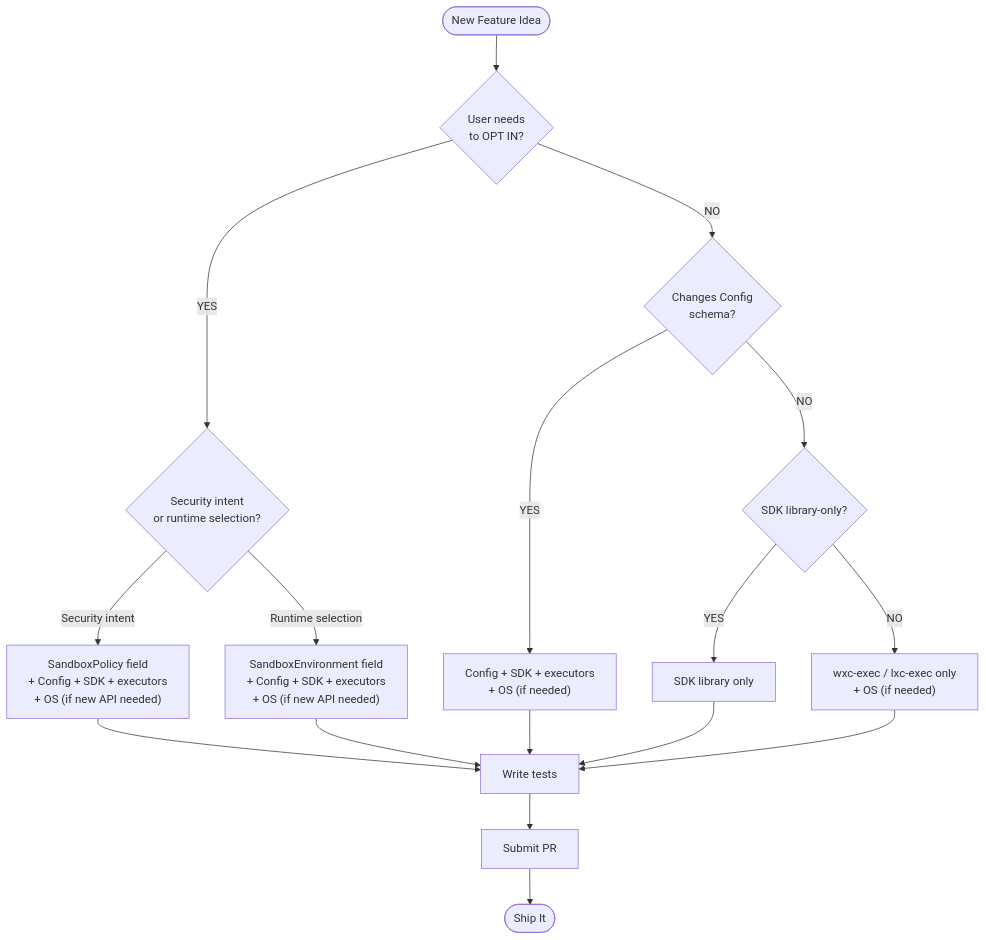
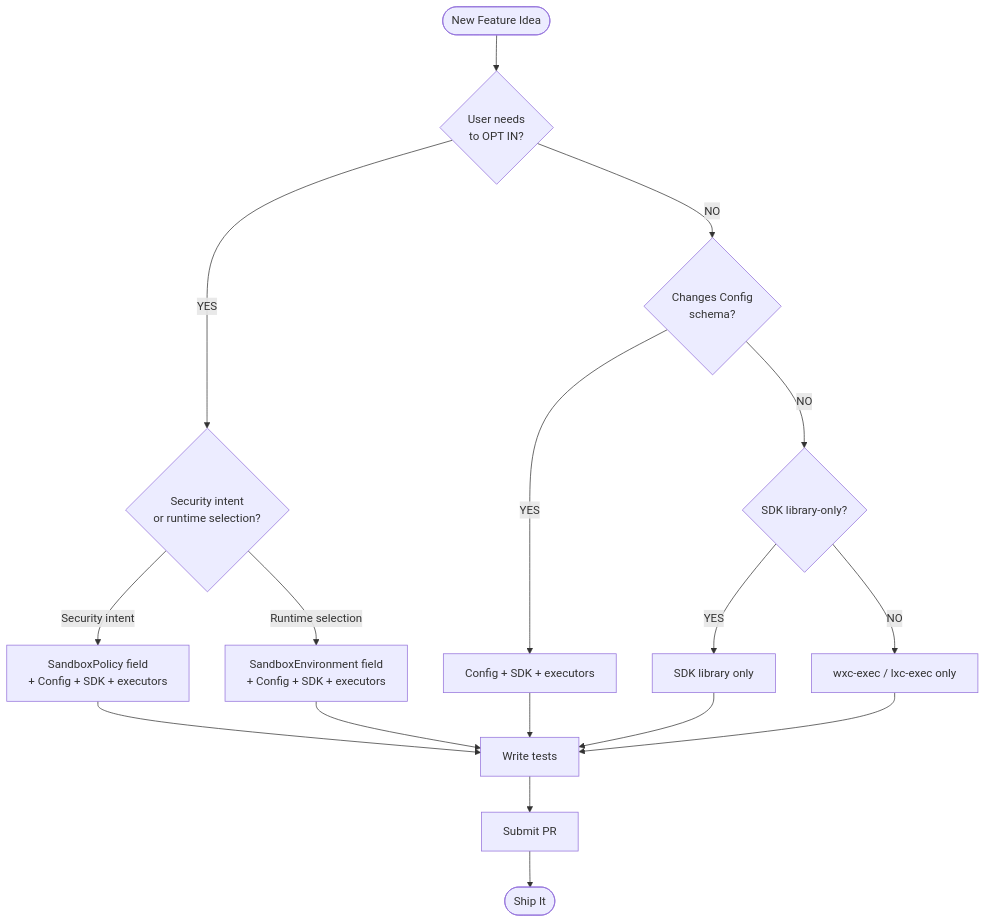
The diagram in docs/authoring-a-new-feature.md (microsoft/mxc), drawn with Mermaid before and after one commit. The commit also changed other lines of this file, not shown here.

````diff
--- a/docs/authoring-a-new-feature.md
+++ b/docs/authoring-a-new-feature.md
@@ -35,24 +35,24 @@
 ```mermaid
 flowchart TD
     START([New Feature Idea]) --> Q1{User needs<br/>to OPT IN?}
 
     Q1 -->|YES| Q2{Security intent<br/>or runtime selection?}
     Q1 -->|NO| Q3{Changes Config<br/>schema?}
 
-    Q2 -->|Security intent| POL["SandboxPolicy field<br/>+ Config + SDK + executors<br/>+ OS (if new API needed)"]
-    Q2 -->|Runtime selection| ENV["SandboxEnvironment field<br/>+ Config + SDK + executors<br/>+ OS (if new API needed)"]
+    Q2 -->|Security intent| POL["SandboxPolicy field<br/>+ Config + SDK + executors"]
+    Q2 -->|Runtime selection| ENV["SandboxEnvironment field<br/>+ Config + SDK + executors"]
 
-    Q3 -->|YES| INTERNAL["Config + SDK + executors<br/>+ OS (if needed)"]
+    Q3 -->|YES| INTERNAL["Config + SDK + executors"]
     Q3 -->|NO| Q4{SDK library-only?}
 
     Q4 -->|YES| SDK_ONLY["SDK library only"]
-    Q4 -->|NO| EXEC["wxc-exec / lxc-exec only<br/>+ OS (if needed)"]
+    Q4 -->|NO| EXEC["wxc-exec / lxc-exec only"]
 
     POL --> TEST["Write tests"]
     ENV --> TEST
     INTERNAL --> TEST
     SDK_ONLY --> TEST
     EXEC --> TEST
     TEST --> PR["Submit PR"]
     PR --> DONE([Ship It])
 ```
````
